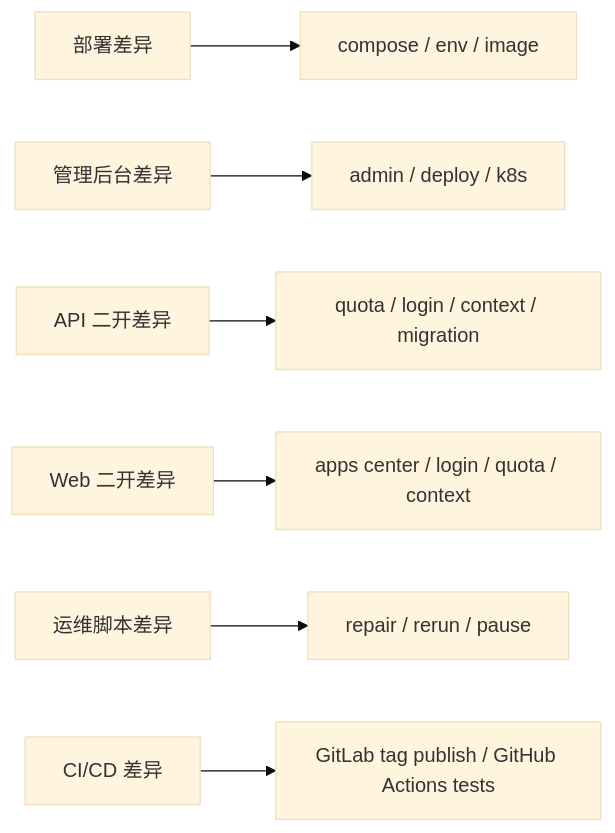
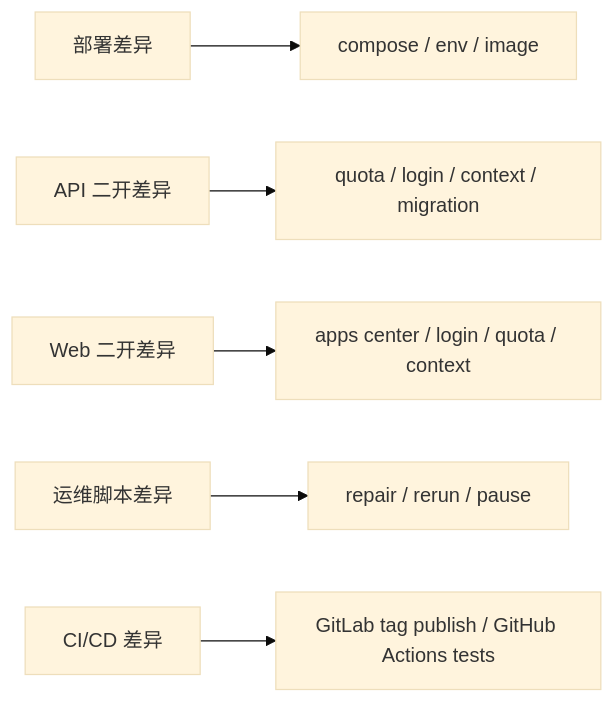
One commit to YFGaia/dify-plus changed the second of 2 diagrams in docs/dify-plus/与上游差异总表.md. Above: the diagram before and after it, drawn with Mermaid (base theme). The commit also changed other lines of this file and 697 other files, not shown here.

````diff
--- a/docs/dify-plus/与上游差异总表.md
+++ b/docs/dify-plus/与上游差异总表.md
@@ -99,9 +90,8 @@
 ```mermaid
 flowchart LR
   A[部署差异] --> A1[compose / env / image]
-  B[管理后台差异] --> B1[admin / deploy / k8s]
   C[API 二开差异] --> C1[quota / login / context / migration]
   D[Web 二开差异] --> D1[apps center / login / quota / context]
   E[运维脚本差异] --> E1[repair / rerun / pause]
   F[CI/CD 差异] --> F1[GitLab tag publish / GitHub Actions tests]
 ```
````
